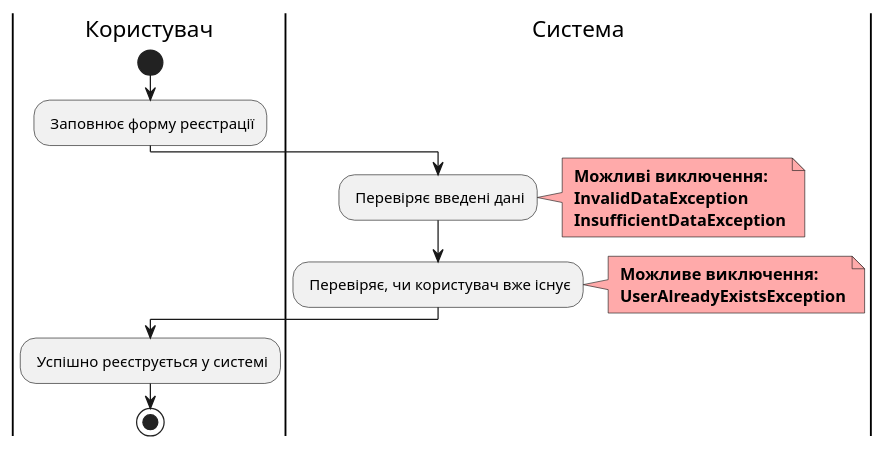
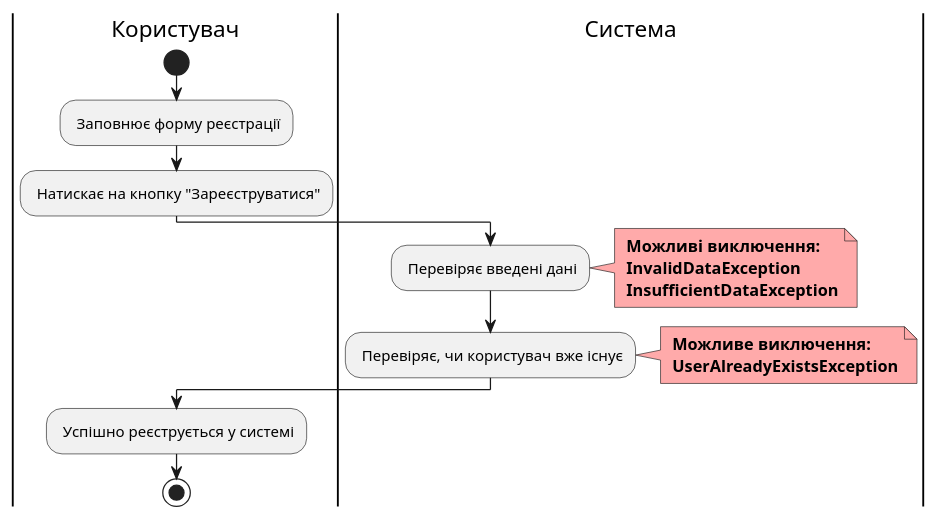
Before and after one commit to matshp0/db-coursework: the sixth of 6 diagrams in docs/project/use_cases.md, drawn with PlantUML.

Commit message:
Fixed style

````diff
--- a/docs/project/use_cases.md
+++ b/docs/project/use_cases.md
@@ -265,28 +265,32 @@
 ```plantuml
 @startuml
 
 |Користувач|
 start;
 : Заповнює форму реєстрації;
+
+: Натискає на кнопку "Зареєструватися";
 
 |Система|
 : Перевіряє введені дані;
 
 note right #ffaaaa
 <b> Можливі виключення:
 <b> InvalidDataException
 <b> InsufficientDataException
 end note
 
 : Перевіряє, чи користувач вже існує;
 
 note right #ffaaaa
 <b> Можливе виключення:
 <b> UserAlreadyExistsException
 end note
 
 |Користувач|
 : Успішно реєструється у системі;
 
 stop;
+
+@enduml
 ```
````
